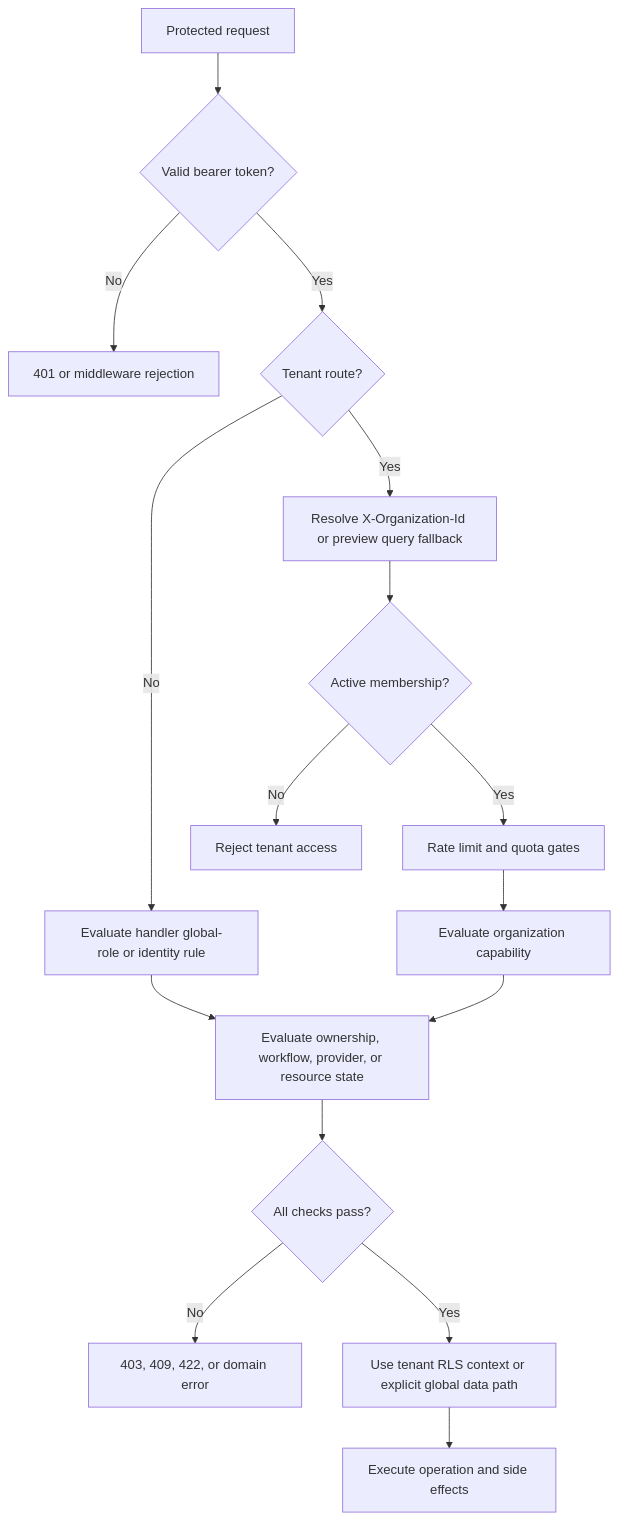
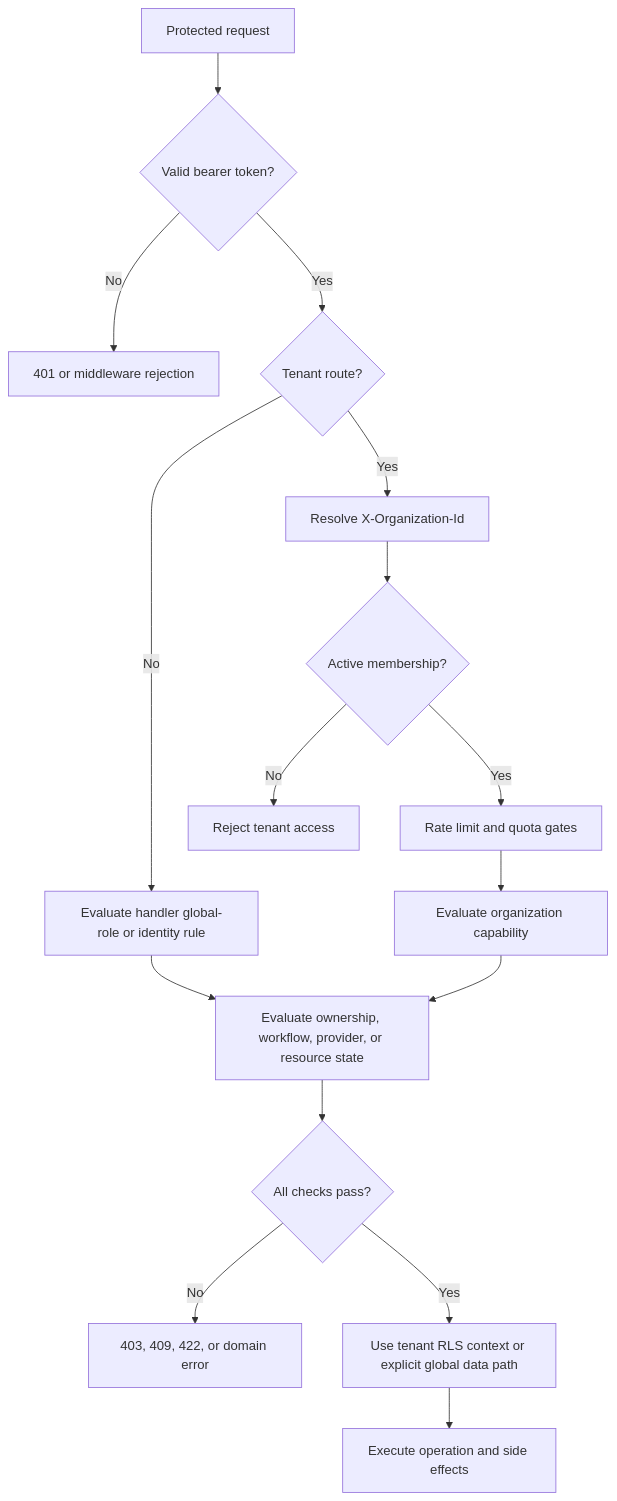
The diagram in okf/api/diagrams/authorization-flow.mmd (sasanzare/ZinharCMS), drawn with Mermaid before and after one commit. The commit also changed 89 other files, not shown here.

```diff
--- a/okf/api/diagrams/authorization-flow.mmd
+++ b/okf/api/diagrams/authorization-flow.mmd
@@ -1,21 +1,21 @@
 %% Title: ZinharCMS Authorization Flow
 %% Phase: 6
 %% Status: verified
 %% Source evidence: backend/src/middleware/tenant.rs; backend/src/services/rbac.rs; backend/src/services/rls.rs; backend/src/routes
 %% Related documentation: ../authorization.md; ../tenant-context.md
 flowchart TD
     Request["Protected request"] --> Token{"Valid bearer token?"}
     Token -- "No" --> Unauthorized["401 or middleware rejection"]
     Token -- "Yes" --> Zone{"Tenant route?"}
     Zone -- "No" --> GlobalRole["Evaluate handler global-role or identity rule"]
-    Zone -- "Yes" --> TenantHeader["Resolve X-Organization-Id or preview query fallback"]
+    Zone -- "Yes" --> TenantHeader["Resolve X-Organization-Id"]
     TenantHeader --> Membership{"Active membership?"}
     Membership -- "No" --> Forbidden["Reject tenant access"]
     Membership -- "Yes" --> Gates["Rate limit and quota gates"]
     Gates --> OrgRole["Evaluate organization capability"]
     GlobalRole --> Specific["Evaluate ownership, workflow, provider, or resource state"]
     OrgRole --> Specific
     Specific --> Allowed{"All checks pass?"}
     Allowed -- "No" --> Denied["403, 409, 422, or domain error"]
     Allowed -- "Yes" --> RLS["Use tenant RLS context or explicit global data path"]
     RLS --> Operation["Execute operation and side effects"]
```
